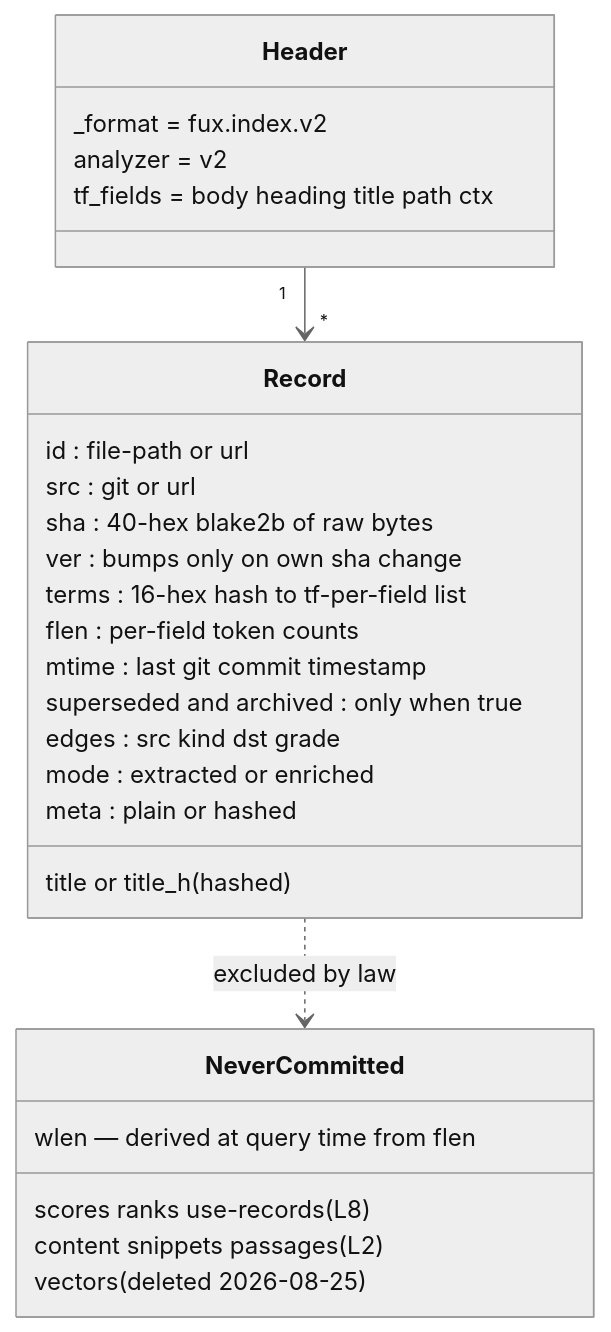
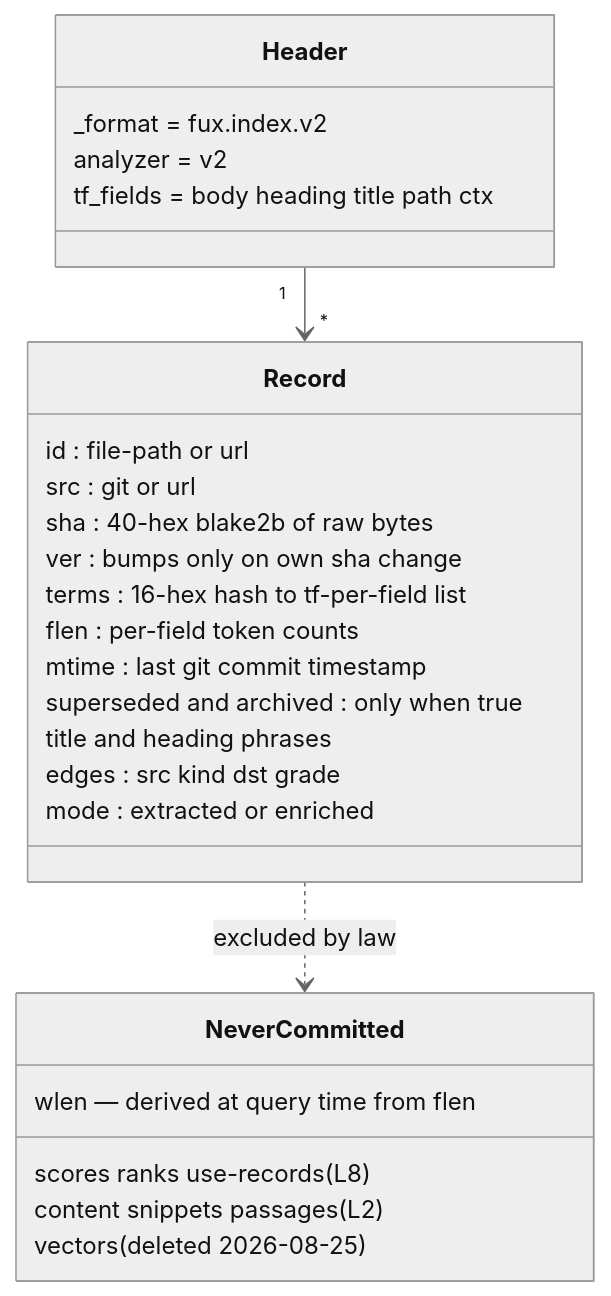
Before and after one commit to arpitarya/fux: the third of 18 diagrams in docs/paper/the-fux-index-paper.md, drawn with Mermaid (neutral theme). The commit also changed other lines of this file and 127 other files, not shown here.

````diff
--- a/docs/paper/the-fux-index-paper.md
+++ b/docs/paper/the-fux-index-paper.md
@@ -210,30 +210,29 @@
 ```mermaid
 classDiagram
   class Header {
     _format = fux.index.v2
     analyzer = v2
     tf_fields = body heading title path ctx
   }
   class Record {
     id : file-path or url
     src : git or url
     sha : 40-hex blake2b of raw bytes
     ver : bumps only on own sha change
     terms : 16-hex hash to tf-per-field list
     flen : per-field token counts
     mtime : last git commit timestamp
     superseded and archived : only when true
-    title or title_h (hashed)
+    title and heading phrases
     edges : src kind dst grade
     mode : extracted or enriched
-    meta : plain or hashed
   }
   class NeverCommitted {
     wlen — derived at query time from flen
     scores ranks use-records (L8)
     content snippets passages (L2)
     vectors (deleted 2026-08-25)
   }
   Header "1" --> "*" Record
   Record ..> NeverCommitted : excluded by law
 ```
````
